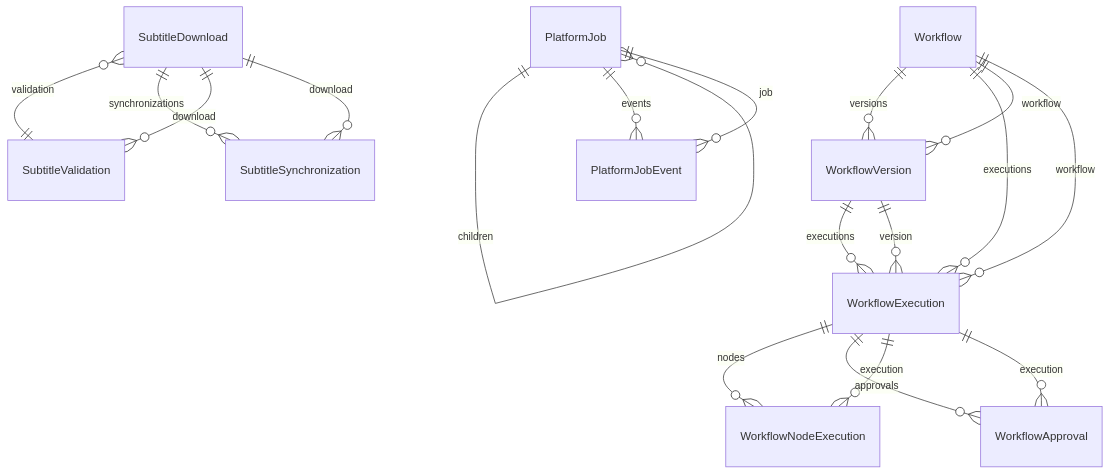
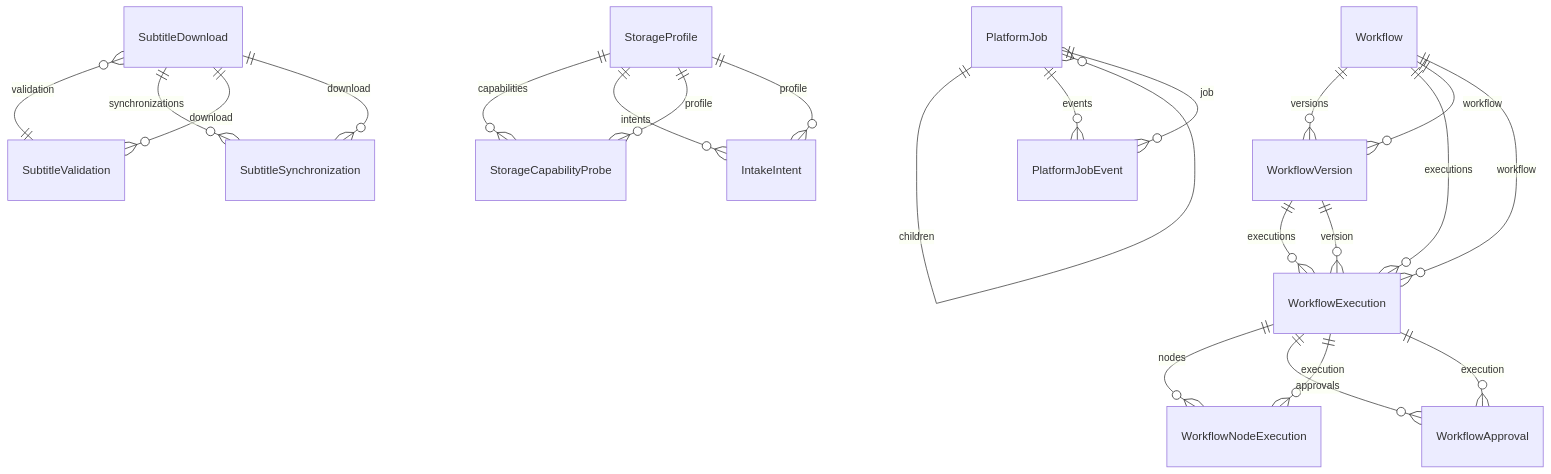
The eighth of 10 diagrams in website/docs/reference/database-schema.md (ultratorrentofficial/ultratorrent), drawn with Mermaid before and after one commit. The commit also changed other lines of this file and 34 other files, not shown here.

````diff
--- a/website/docs/reference/database-schema.md
+++ b/website/docs/reference/database-schema.md
@@ -1498,21 +1703,25 @@
 ```mermaid
 erDiagram
   SubtitleDownload }o--|| SubtitleValidation : "validation"
   SubtitleDownload ||--o{ SubtitleSynchronization : "synchronizations"
   SubtitleValidation }o--|| SubtitleDownload : "download"
   SubtitleSynchronization }o--|| SubtitleDownload : "download"
   PlatformJob }o--|| PlatformJob : "parent"
   PlatformJob ||--o{ PlatformJob : "children"
   PlatformJob ||--o{ PlatformJobEvent : "events"
   PlatformJobEvent }o--|| PlatformJob : "job"
   Workflow ||--o{ WorkflowVersion : "versions"
   Workflow ||--o{ WorkflowExecution : "executions"
   WorkflowVersion }o--|| Workflow : "workflow"
   WorkflowVersion ||--o{ WorkflowExecution : "executions"
   WorkflowExecution }o--|| Workflow : "workflow"
   WorkflowExecution }o--|| WorkflowVersion : "version"
   WorkflowExecution ||--o{ WorkflowNodeExecution : "nodes"
   WorkflowExecution ||--o{ WorkflowApproval : "approvals"
   WorkflowNodeExecution }o--|| WorkflowExecution : "execution"
   WorkflowApproval }o--|| WorkflowExecution : "execution"
+  StorageProfile ||--o{ StorageCapabilityProbe : "capabilities"
+  StorageProfile ||--o{ IntakeIntent : "intents"
+  IntakeIntent }o--|| StorageProfile : "profile"
+  StorageCapabilityProbe }o--|| StorageProfile : "profile"
 ```
````
